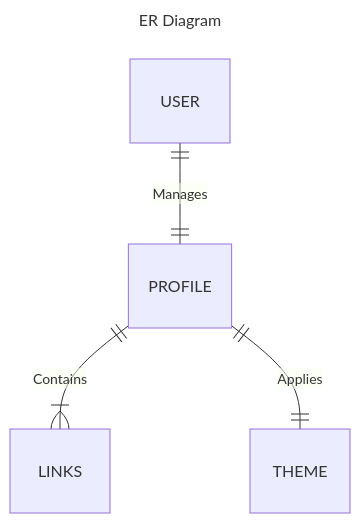
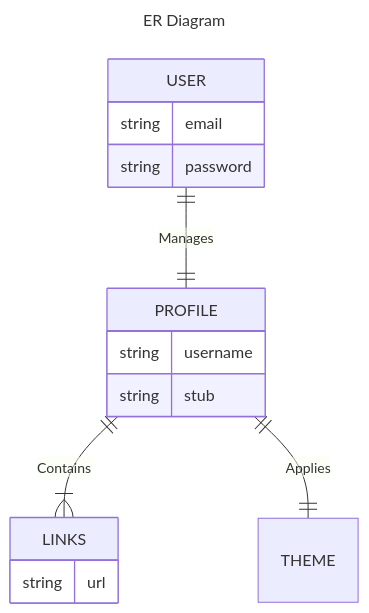
One commit to Jolvera2001/Orchard changed the diagram in docs/ERDiagram.md. Above: the diagram before and after it, drawn with Mermaid. The commit also changed 1 other file, not shown here.

Commit message:
updated er diagram

````diff
--- a/docs/ERDiagram.md
+++ b/docs/ERDiagram.md
@@ -8,9 +8,23 @@
 ```mermaid
 ---
 title: ER Diagram
 ---
 erDiagram
+    USER {
+        string email
+        string password
+    }
+    
+    PROFILE {
+        string username
+        string stub
+    }
+    
+    LINKS {
+        string url
+    }
+    
     USER ||--|| PROFILE : Manages
     PROFILE ||--|{ LINKS : Contains
     PROFILE ||--|| THEME : Applies
 ```
````
